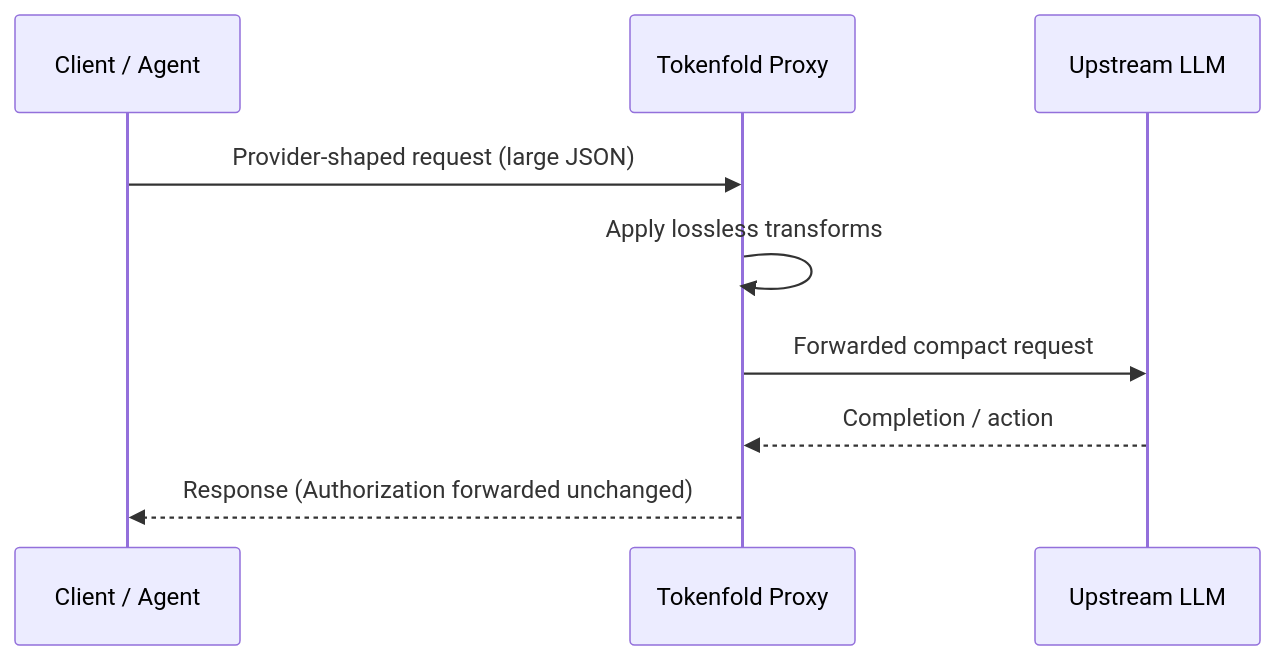
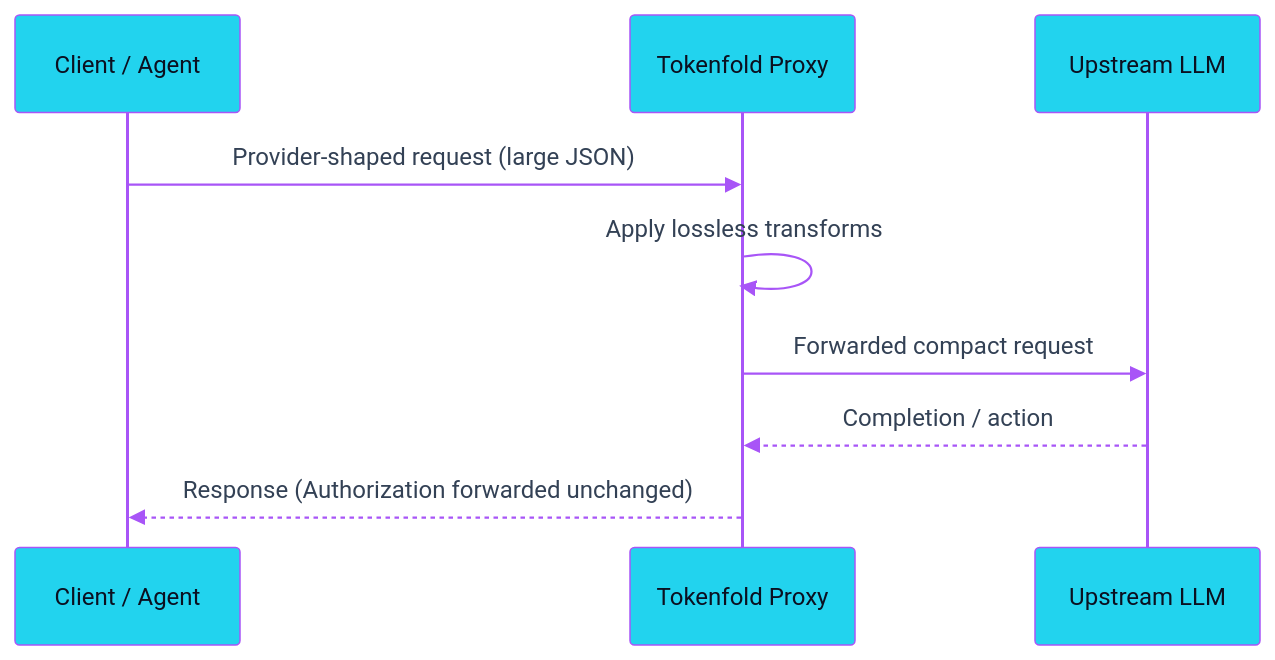
Before and after one commit to codewithmurali/tokenfold: the fourth of 5 diagrams in README.md, drawn with Mermaid. The commit also changed other lines of this file, not shown here.

Commit message:
diagram updated

````diff
--- a/README.md
+++ b/README.md
@@ -149,11 +158,12 @@
 ```mermaid
+%%{init: {"theme": "base", "themeVariables": {"primaryColor": "#22D3EE", "primaryTextColor": "#0b1020", "primaryBorderColor": "#A855F7", "lineColor": "#A855F7", "actorBkg": "#22D3EE", "actorTextColor": "#0b1020", "actorBorder": "#A855F7", "signalColor": "#A855F7", "signalTextColor": "#334155", "fontFamily": "ui-sans-serif, system-ui, sans-serif"}}}%%
 sequenceDiagram
     participant C as Client / Agent
     participant P as Tokenfold Proxy
     participant U as Upstream LLM
     C->>P: Provider-shaped request (large JSON)
     P->>P: Apply lossless transforms
     P->>U: Forwarded compact request
     U-->>P: Completion / action
     P-->>C: Response (Authorization forwarded unchanged)
 ```
````
